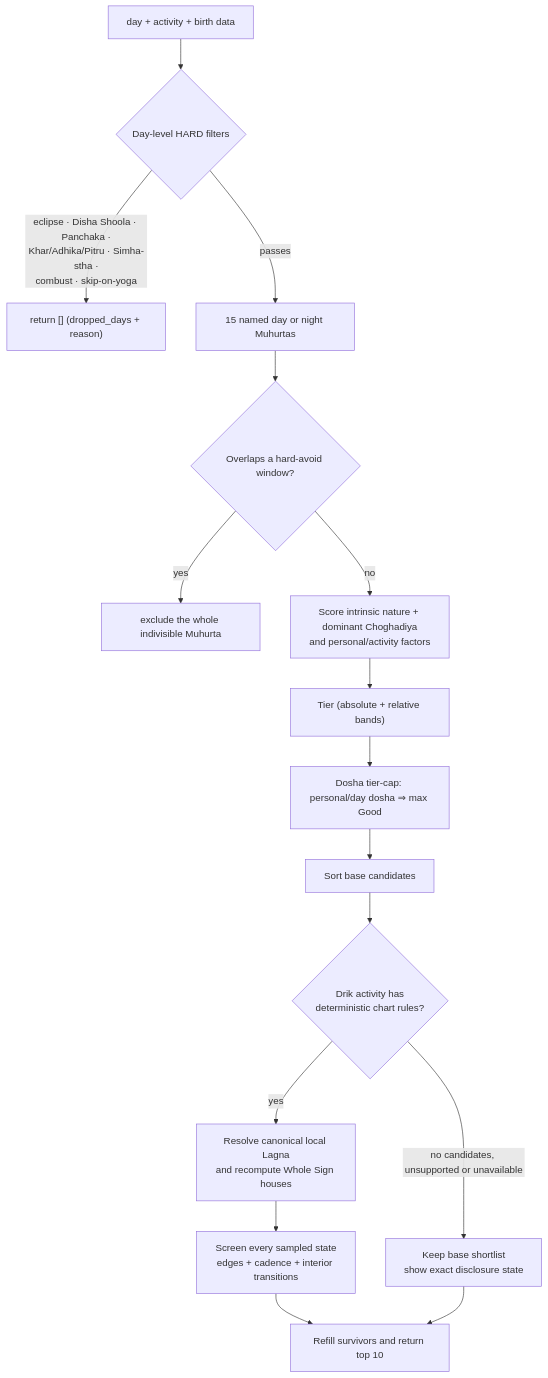
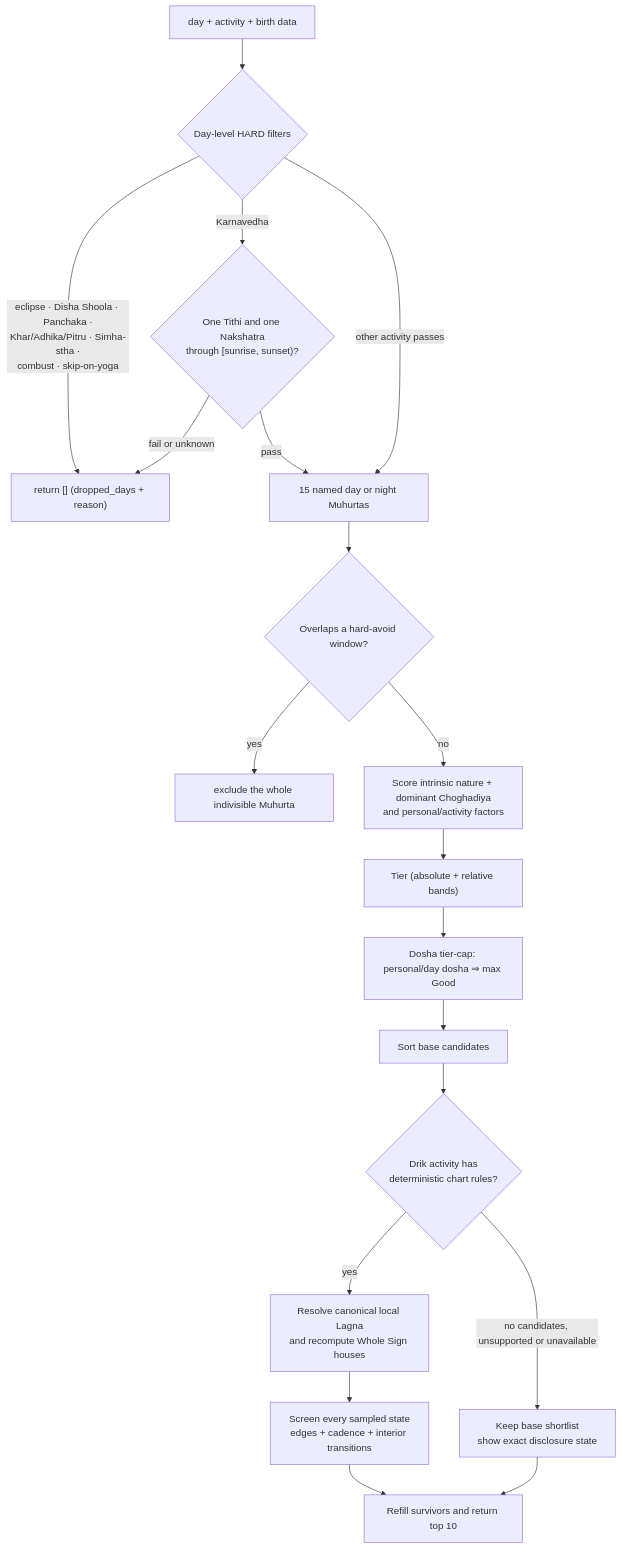
Before and after one commit to socraticsurge/telugu-calendar-utilities: the second of 2 diagrams in docs/reference/05-data-flow-and-muhurta.md, drawn with Mermaid. The commit also changed other lines of this file and 54 other files, not shown here.

````diff
--- a/docs/reference/05-data-flow-and-muhurta.md
+++ b/docs/reference/05-data-flow-and-muhurta.md
@@ -85,18 +85,21 @@
 ```mermaid
 flowchart TB
     A["day + activity + birth data"] --> B{"Day-level HARD filters"}
     B -->|"eclipse · Disha Shoola · Panchaka ·<br/>Khar/Adhika/Pitru · Simha-stha ·<br/>combust · skip-on-yoga"| X["return [] (dropped_days + reason)"]
-    B -->|"passes"| C["15 named day or night Muhurtas"]
+    B -->|"Karnavedha"| B2{"One Tithi and one Nakshatra<br/>through [sunrise, sunset)?"}
+    B2 -->|"fail or unknown"| X
+    B2 -->|"pass"| C["15 named day or night Muhurtas"]
+    B -->|"other activity passes"| C
     C --> D{"Overlaps a hard-avoid window?"}
     D -->|"yes"| X2["exclude the whole indivisible Muhurta"]
     D -->|"no"| F["Score intrinsic nature + dominant Choghadiya<br/>and personal/activity factors"]
     F --> G["Tier (absolute + relative bands)"]
     G --> H["Dosha tier-cap: personal/day dosha ⇒ max Good"]
     H --> I["Sort base candidates"]
     I --> J{"Drik activity has<br/>deterministic chart rules?"}
     J -->|"yes"| K["Resolve canonical local Lagna<br/>and recompute Whole Sign houses"]
     K --> K2["Screen every sampled state<br/>edges + cadence + interior transitions"]
     J -->|"no candidates, unsupported or unavailable"| L["Keep base shortlist<br/>show exact disclosure state"]
     K2 --> M["Refill survivors and return top 10"]
     L --> M
 ```
````
